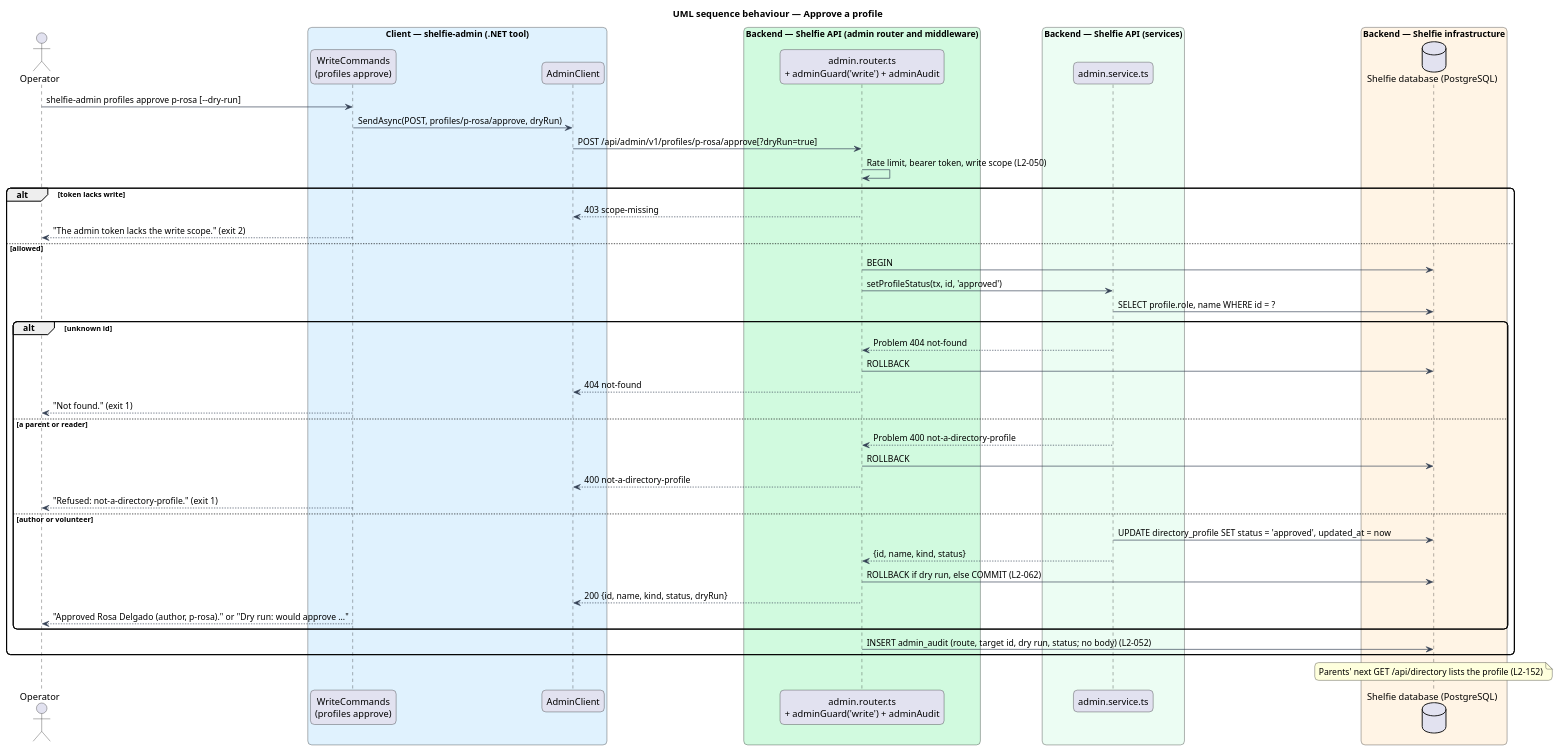
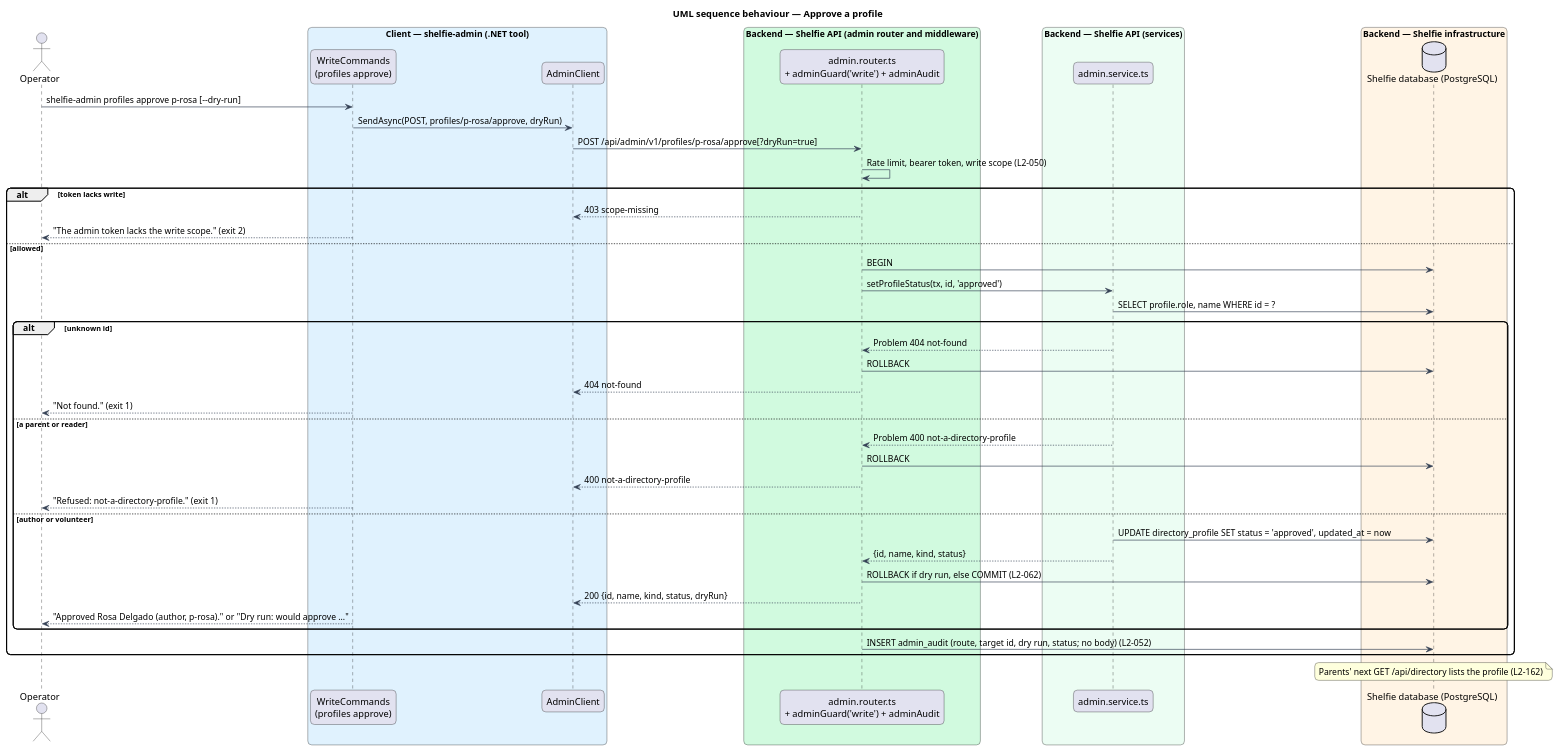
Before and after one commit to QuinntyneBrown/shelfie: the diagram in docs/detailed-designs/admin-cli/approve-profiles/diagrams/sequence-approve-profile.puml, drawn with PlantUML. The commit also changed 125 other files, not shown here.

```diff
--- a/docs/detailed-designs/admin-cli/approve-profiles/diagrams/sequence-approve-profile.puml
+++ b/docs/detailed-designs/admin-cli/approve-profiles/diagrams/sequence-approve-profile.puml
@@ -1,54 +1,54 @@
 @startuml
 title UML sequence behaviour — Approve a profile
 skinparam backgroundColor #FFFFFF
 skinparam shadowing false
 skinparam roundcorner 12
 skinparam defaultFontName Arial
 skinparam ArrowColor #344054
 actor "Operator" as operator
 box "Client — shelfie-admin (.NET tool)" #E0F2FE
   participant "WriteCommands\n(profiles approve)" as cmd
   participant "AdminClient" as client
 end box
 box "Backend — Shelfie API (admin router and middleware)" #D1FADF
   participant "admin.router.ts\n+ adminGuard('write') + adminAudit" as router
 end box
 box "Backend — Shelfie API (services)" #ECFDF3
   participant "admin.service.ts" as service
 end box
 box "Backend — Shelfie infrastructure" #FFF4E5
   database "Shelfie database (PostgreSQL)" as db
 end box
 
 operator -> cmd : shelfie-admin profiles approve p-rosa [--dry-run]
 cmd -> client : SendAsync(POST, profiles/p-rosa/approve, dryRun)
 client -> router : POST /api/admin/v1/profiles/p-rosa/approve[?dryRun=true]
 router -> router : Rate limit, bearer token, write scope (L2-050)
 alt token lacks write
   router --> client : 403 scope-missing
   cmd --> operator : "The admin token lacks the write scope." (exit 2)
 else allowed
   router -> db : BEGIN
   router -> service : setProfileStatus(tx, id, 'approved')
   service -> db : SELECT profile.role, name WHERE id = ?
   alt unknown id
     service --> router : Problem 404 not-found
     router -> db : ROLLBACK
     router --> client : 404 not-found
     cmd --> operator : "Not found." (exit 1)
   else a parent or reader
     service --> router : Problem 400 not-a-directory-profile
     router -> db : ROLLBACK
     router --> client : 400 not-a-directory-profile
     cmd --> operator : "Refused: not-a-directory-profile." (exit 1)
   else author or volunteer
     service -> db : UPDATE directory_profile SET status = 'approved', updated_at = now
     service --> router : {id, name, kind, status}
     router -> db : ROLLBACK if dry run, else COMMIT (L2-062)
     router --> client : 200 {id, name, kind, status, dryRun}
     cmd --> operator : "Approved Rosa Delgado (author, p-rosa)." or "Dry run: would approve …"
   end
   router -> db : INSERT admin_audit (route, target id, dry run, status; no body) (L2-052)
 end
-note over db : Parents' next GET /api/directory lists the profile (L2-152)
+note over db : Parents' next GET /api/directory lists the profile (L2-162)
 @enduml
```
